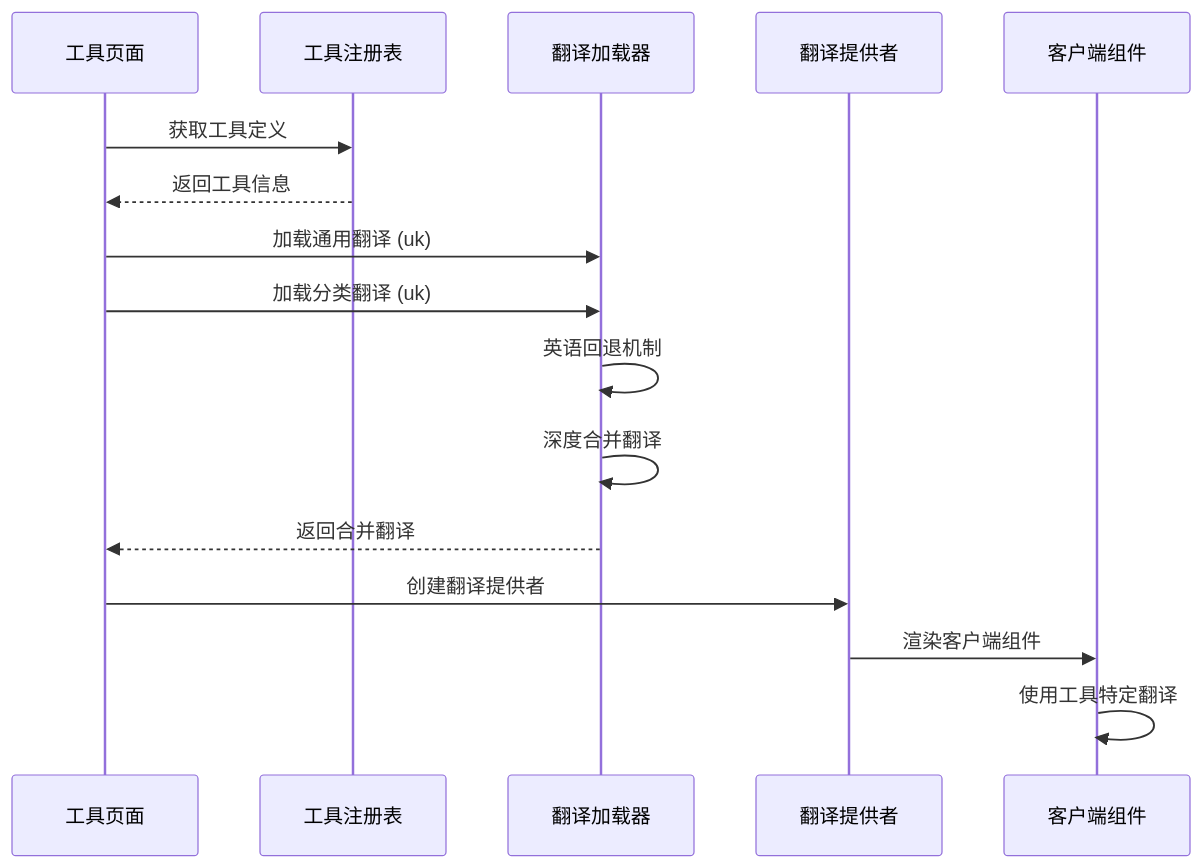
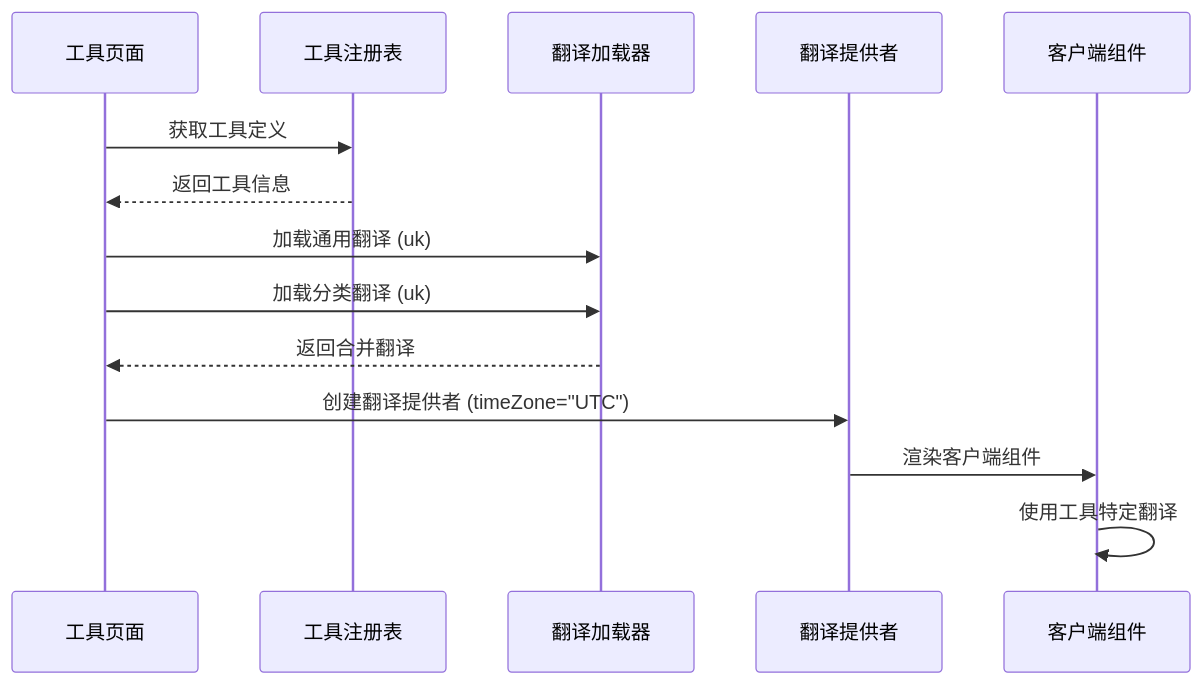
Before and after one commit to sgyy/privadeck: the ninth of 13 diagrams in .qoder/repowiki/zh/content/技术架构/国际化系统.md, drawn with Mermaid. The commit also changed other lines of this file and 48 other files, not shown here.

````diff
--- a/.qoder/repowiki/zh/content/技术架构/国际化系统.md
+++ b/.qoder/repowiki/zh/content/技术架构/国际化系统.md
@@ -704,18 +530,16 @@
 ```mermaid
 sequenceDiagram
 participant Page as 工具页面
 participant Registry as 工具注册表
 participant Loader as 翻译加载器
 participant Provider as 翻译提供者
 participant Client as 客户端组件
 Page->>Registry : 获取工具定义
 Registry-->>Page : 返回工具信息
 Page->>Loader : 加载通用翻译 (uk)
 Page->>Loader : 加载分类翻译 (uk)
-Loader->>Loader : 英语回退机制
-Loader->>Loader : 深度合并翻译
 Loader-->>Page : 返回合并翻译
-Page->>Provider : 创建翻译提供者
+Page->>Provider : 创建翻译提供者 (timeZone="UTC")
 Provider->>Client : 渲染客户端组件
 Client->>Client : 使用工具特定翻译
 ```
````
